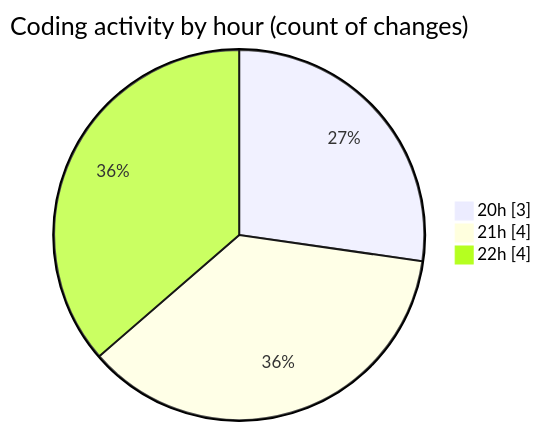
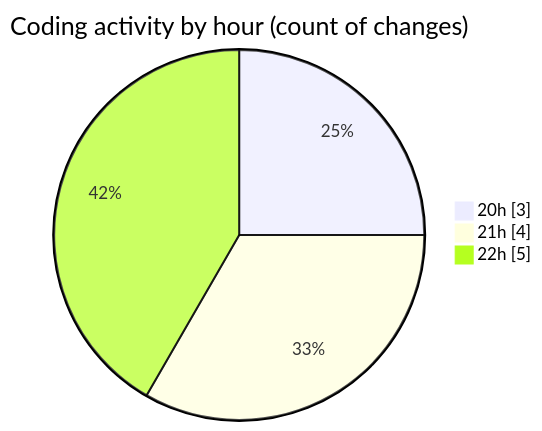
Before and after one commit to lephambinh05/code-tracking: the second of 2 diagrams in 2025-09-07/quanlylink/README.md, drawn with Mermaid. The commit also changed other lines of this file and 1 other file, not shown here.

````diff
--- a/2025-09-07/quanlylink/README.md
+++ b/2025-09-07/quanlylink/README.md
@@ -40,7 +41,7 @@
 ```mermaid
 pie showData
 title Coding activity by hour (count of changes)
 "20h" : 3
 "21h" : 4
-"22h" : 4
+"22h" : 5
 ```
````
